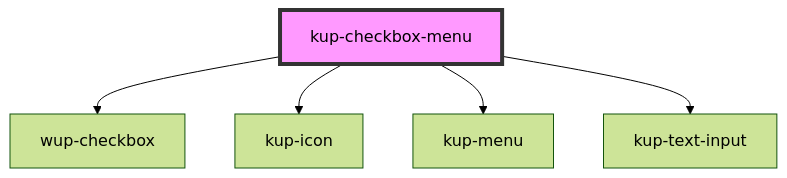
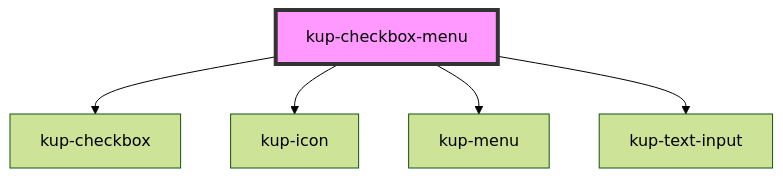
Before and after one commit to smeup/ketchup: the diagram in packages/ketchup/src/components/kup-checkbox-menu/readme.md, drawn with Mermaid (forest theme). The commit also changed other lines of this file and 60 other files, not shown here.

Commit message:
wup icon > kup icon. Fixes to showcase. Regen of readme files.

````diff
--- a/packages/ketchup/src/components/kup-checkbox-menu/readme.md
+++ b/packages/ketchup/src/components/kup-checkbox-menu/readme.md
@@ -38,8 +38,8 @@
 ```mermaid
 graph TD;
-  kup-checkbox-menu --> wup-checkbox
+  kup-checkbox-menu --> kup-checkbox
   kup-checkbox-menu --> kup-icon
   kup-checkbox-menu --> kup-menu
   kup-checkbox-menu --> kup-text-input
   style kup-checkbox-menu fill:#f9f,stroke:#333,stroke-width:4px
 ```
````
